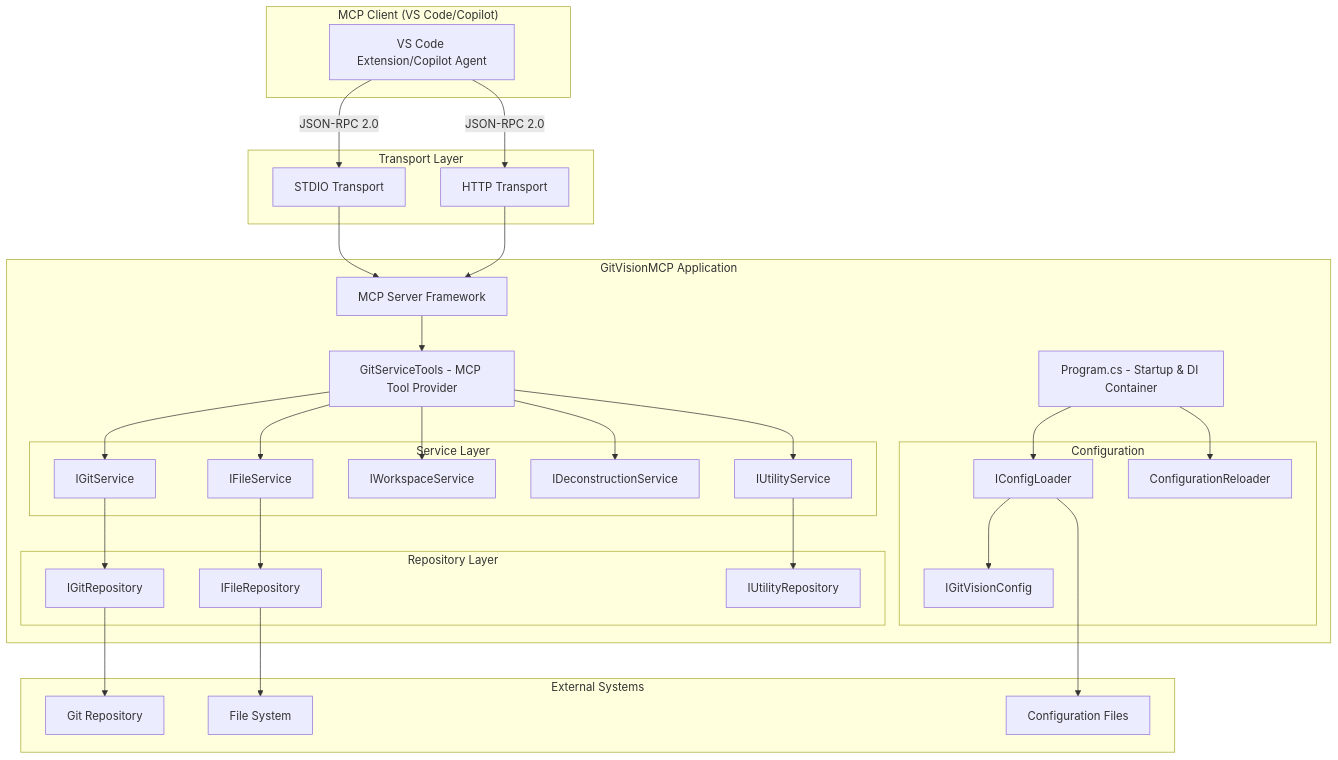
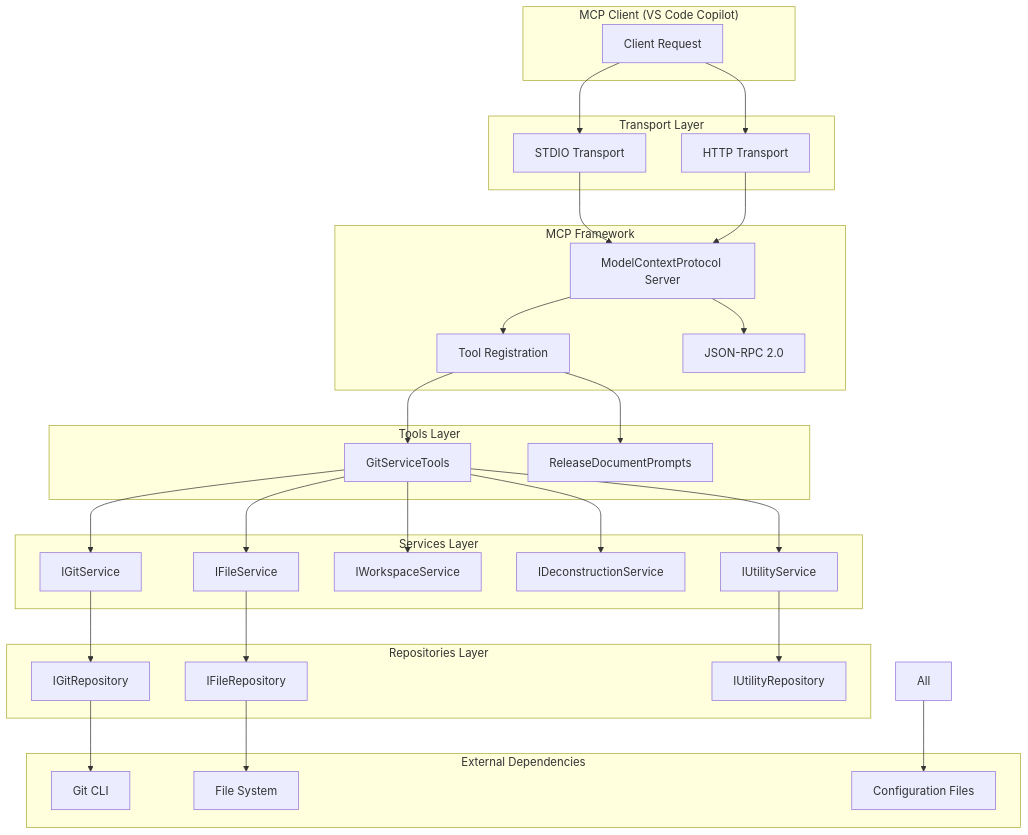
One commit to MCPRUNNER/GitVisionMCP changed the first of 3 diagrams in Documentation/ARCHITECTURE.md. Above: the diagram before and after it, drawn with Mermaid. The commit also changed other lines of this file and 2 other files, not shown here.

````diff
--- a/Documentation/ARCHITECTURE.md
+++ b/Documentation/ARCHITECTURE.md
@@ -16,63 +13,62 @@
 ```mermaid
 graph TB
-    subgraph "MCP Client (VS Code/Copilot)"
-        A[VS Code Extension/Copilot Agent]
+    subgraph "MCP Client (VS Code Copilot)"
+        A[Client Request]
     end
 
     subgraph "Transport Layer"
         B[STDIO Transport]
         C[HTTP Transport]
     end
 
-    subgraph "GitVisionMCP Application"
-        D[Program.cs - Startup & DI Container]
-        E[MCP Server Framework]
-        F[GitServiceTools - MCP Tool Provider]
-
-        subgraph "Service Layer"
-            G[IGitService]
-            H[IFileService]
-            I[IWorkspaceService]
-            J[IDeconstructionService]
-            K[IUtilityService]
-        end
-
-        subgraph "Repository Layer"
-            L[IGitRepository]
-            M[IFileRepository]
-            N[IUtilityRepository]
-        end
-
-        subgraph "Configuration"
-            O[IConfigLoader]
-            P[IGitVisionConfig]
-            Q[ConfigurationReloader]
-        end
+    subgraph "MCP Framework"
+        D[ModelContextProtocol Server]
+        E[Tool Registration]
+        F[JSON-RPC 2.0]
     end
 
-    subgraph "External Systems"
-        R[Git Repository]
-        S[File System]
-        T[Configuration Files]
+    subgraph "Tools Layer"
+        G[GitServiceTools]
+        H[ReleaseDocumentPrompts]
     end
 
-    A -->|JSON-RPC 2.0| B
-    A -->|JSON-RPC 2.0| C
-    B --> E
-    C --> E
-    E --> F
-    F --> G
-    F --> H
-    F --> I
-    F --> J
-    F --> K
+    subgraph "Services Layer"
+        I[IGitService]
+        J[IFileService]
+        K[IWorkspaceService]
+        L[IDeconstructionService]
+        M[IUtilityService]
+    end
+
+    subgraph "Repositories Layer"
+        N[IGitRepository]
+        O[IFileRepository]
+        P[IUtilityRepository]
+    end
+
+    subgraph "External Dependencies"
+        Q[Git CLI]
+        R[File System]
+        S[Configuration Files]
+    end
+
+    A --> B
+    A --> C
+    B --> D
+    C --> D
+    D --> E
+    D --> F
+    E --> G
+    E --> H
+    G --> I
+    G --> J
+    G --> K
     G --> L
-    H --> M
-    K --> N
-    D --> O
-    O --> P
-    D --> Q
-    L --> R
-    M --> S
-    O --> T
+    G --> M
+    I --> N
+    J --> O
+    M --> P
+    N --> Q
+    O --> R
+    All --> S
 ```
````
